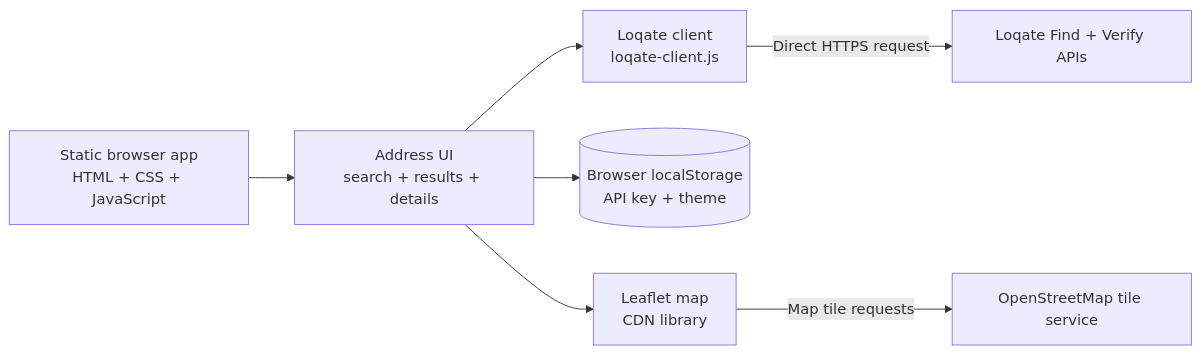
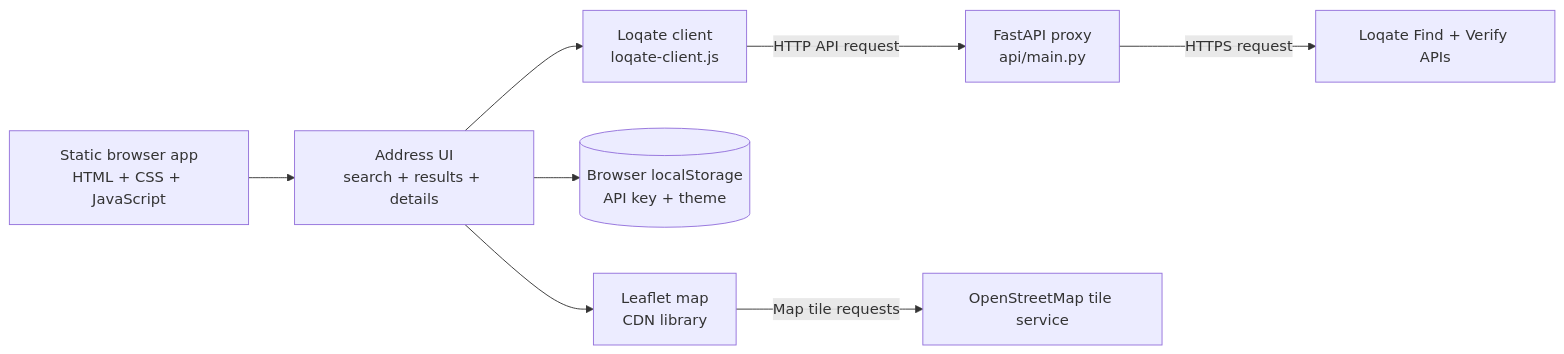
The first of 2 diagrams in docs/design.md (newportg/poc-address), drawn with Mermaid before and after one commit. The commit also changed other lines of this file and 15 other files, not shown here.

First line of the commit message:
Refactor address POC to use FastAPI proxy for Loqate API requests

````diff
--- a/docs/design.md
+++ b/docs/design.md
@@ -10,17 +10,19 @@
 ```mermaid
 flowchart LR
     Browser["Static browser app<br/>HTML + CSS + JavaScript"]
     UI["Address UI<br/>search + results + details"]
     Client["Loqate client<br/>loqate-client.js"]
+    Proxy["FastAPI proxy<br/>api/main.py"]
     Storage[("Browser localStorage<br/>API key + theme")]
     Leaflet["Leaflet map<br/>CDN library"]
     Loqate["Loqate Find + Verify APIs"]
     Tiles["OpenStreetMap tile service"]
 
     Browser --> UI
     UI --> Client
     UI --> Storage
-    Client -->|Direct HTTPS request| Loqate
+    Client -->|HTTP API request| Proxy
+    Proxy -->|HTTPS request| Loqate
     UI --> Leaflet
     Leaflet -->|Map tile requests| Tiles
 ```
````
